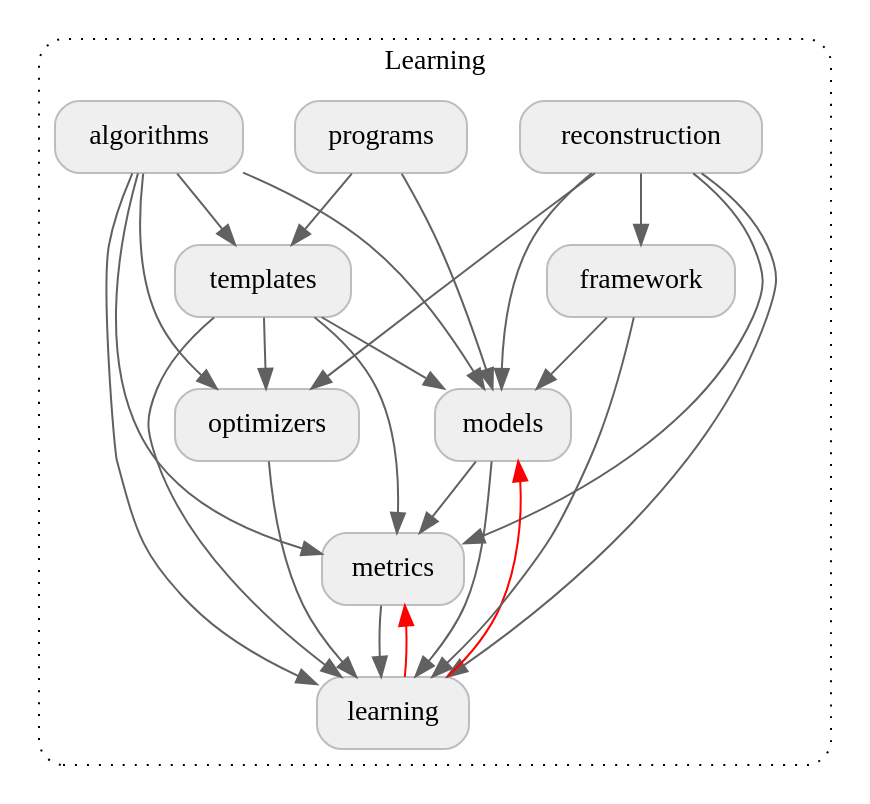
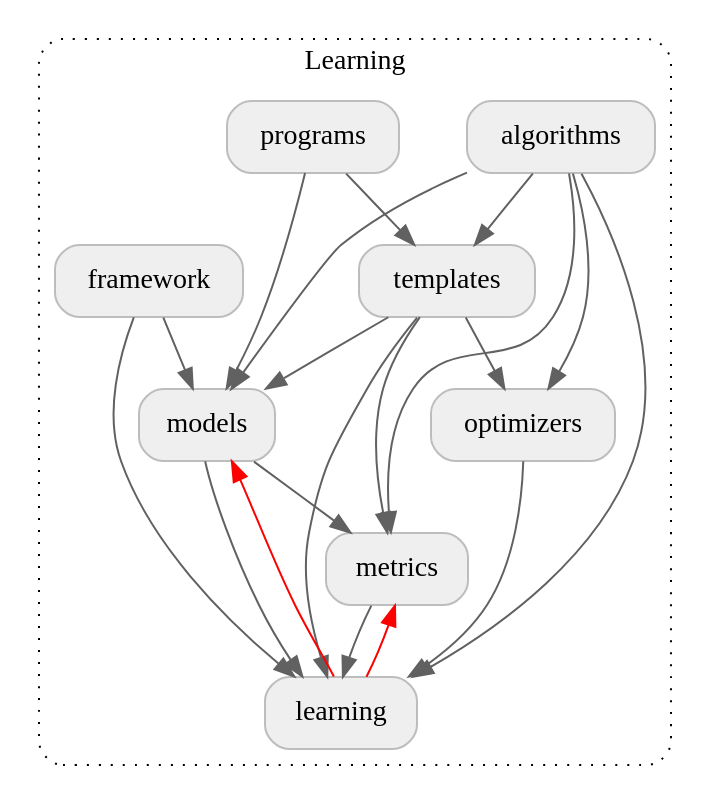
One commit to google-parfait/tensorflow-federated changed the diagram in docs/design/package_structure_learning.dot. Above: the diagram before and after it, drawn with Graphviz. The commit also changed 27 other files, not shown here.

First line of the commit message:
Introduce a Federated Reconstruction algorithm using the learning composers framework.

```diff
--- a/docs/design/package_structure_learning.dot
+++ b/docs/design/package_structure_learning.dot
@@ -1,46 +1,40 @@
 digraph {
   graph [style="dotted,rounded"]
   node [shape="box", style="rounded,filled", fillcolor="#efefef", color="#bdbdbd"]
   edge [color="#616161"]
 
   subgraph cluster_learning {
     graph [label="Learning", href="https://github.com/tensorflow/federated/blob/main/tensorflow_federated/python/learning" target="_parent"]
-    reconstruction [label="reconstruction", href="https://github.com/tensorflow/federated/blob/main/tensorflow_federated/python/learning/reconstruction" target="_parent"]
     algorithms [label="algorithms", href="https://github.com/tensorflow/federated/blob/main/tensorflow_federated/python/learning/algorithms" target="_parent"]
     programs [label="programs", href="https://github.com/tensorflow/federated/blob/main/tensorflow_federated/python/learning/programs" target="_parent"]
     templates [label="templates", href="https://github.com/tensorflow/federated/blob/main/tensorflow_federated/python/learning/templates" target="_parent"]
     optimizers [label="optimizers", href="https://github.com/tensorflow/federated/blob/main/tensorflow_federated/python/learning/optimizers" target="_parent"]
     models [label="models", href="https://github.com/tensorflow/federated/blob/main/tensorflow_federated/python/learning/models" target="_parent"]
     metrics [label="metrics", href="https://github.com/tensorflow/federated/blob/main/tensorflow_federated/python/learning/metrics" target="_parent"]
     framework [label="framework", href="https://github.com/tensorflow/federated/blob/main/tensorflow_federated/python/learning/framework" target="_parent"]
     learning [href="https://github.com/tensorflow/federated/blob/main/tensorflow_federated/python/learning" target="_parent"]
   }
 
   programs -> templates
   programs -> models
   algorithms -> templates
   algorithms -> metrics
   algorithms -> models
   algorithms -> optimizers
   algorithms -> learning
   templates -> optimizers
   templates -> metrics
   templates -> models
   templates -> learning
-  reconstruction -> optimizers
-  reconstruction -> metrics
-  reconstruction -> models
-  reconstruction -> framework
-  reconstruction -> learning
   models -> metrics
   models -> learning
   framework -> learning
   framework -> models
   optimizers -> learning
   metrics -> learning
 
   // TODO(b/151441025): This visibility is temporary and can be removed once the
   // circular dependencies between `learning` and its subpackages are removed.
   metrics -> learning [dir=back, color="#ff0000"]
   models -> learning [dir=back, color="#ff0000"]
 }
```
